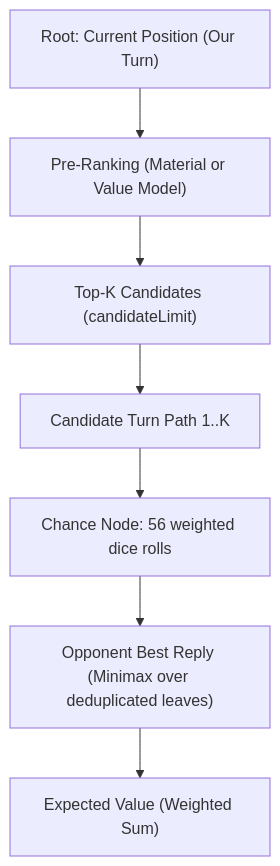
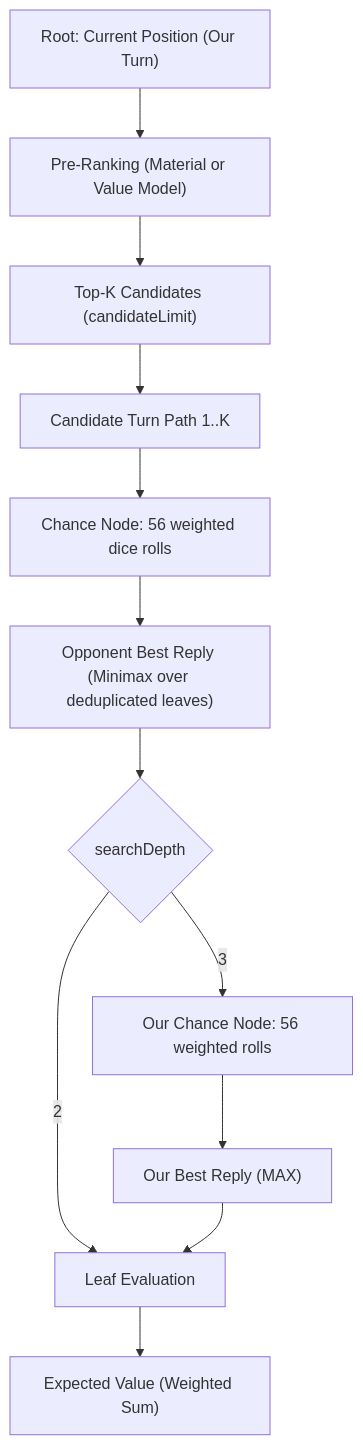
The diagram in docs/src/content/docs/architecture/search/06-expectimax-search.md (fortemate/dicechess-engine), drawn with Mermaid before and after one commit. The commit also changed other lines of this file and 7 other files, not shown here.

Commit message:
feat(search): add configurable depth-3 expectimax

````diff
--- a/docs/src/content/docs/architecture/search/06-expectimax-search.md
+++ b/docs/src/content/docs/architecture/search/06-expectimax-search.md
@@ -25,9 +27,14 @@
 ```mermaid
 graph TD
     A["Root: Current Position (Our Turn)"] --> B["Pre-Ranking (Material or Value Model)"]
     B --> C["Top-K Candidates (candidateLimit)"]
     C --> D["Candidate Turn Path 1..K"]
     D --> E["Chance Node: 56 weighted dice rolls"]
     E --> F["Opponent Best Reply (Minimax over deduplicated leaves)"]
-    F --> G["Expected Value (Weighted Sum)"]
+    F --> G{"searchDepth"}
+    G -->|2| H["Leaf Evaluation"]
+    G -->|3| I["Our Chance Node: 56 weighted rolls"]
+    I --> J["Our Best Reply (MAX)"]
+    J --> H
+    H --> K["Expected Value (Weighted Sum)"]
 ```
````
